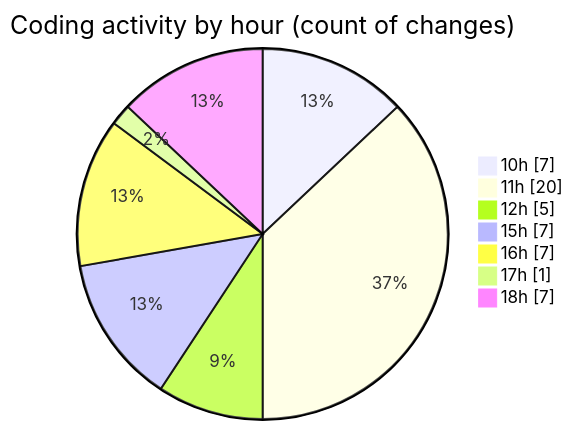
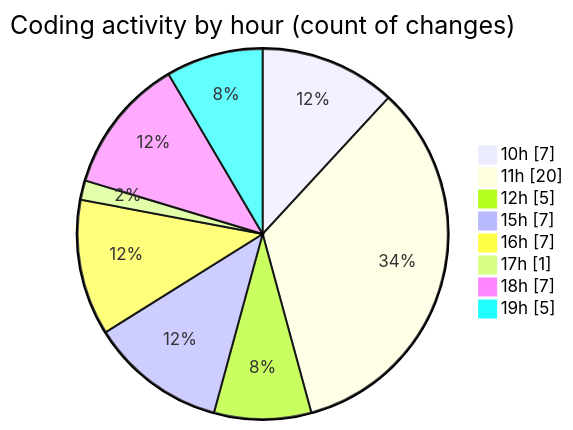
Before and after one commit to nxtqubesakshisongat/code-tracking: the second of 2 diagrams in 2026-04-03/nxtqube_webapp/README.md, drawn with Mermaid. The commit also changed other lines of this file and 1 other file, not shown here.

````diff
--- a/2026-04-03/nxtqube_webapp/README.md
+++ b/2026-04-03/nxtqube_webapp/README.md
@@ -32,11 +33,12 @@
 ```mermaid
 pie showData
 title Coding activity by hour (count of changes)
 "10h" : 7
 "11h" : 20
 "12h" : 5
 "15h" : 7
 "16h" : 7
 "17h" : 1
 "18h" : 7
+"19h" : 5
 ```
````
